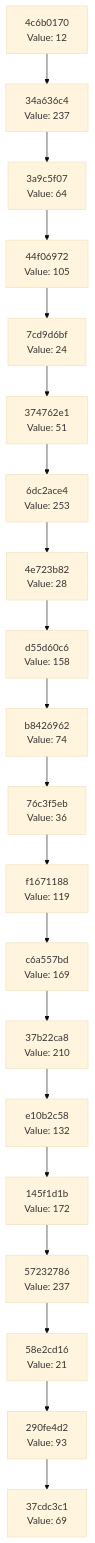
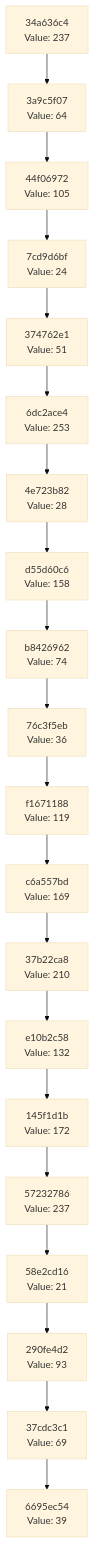
Before and after one commit to Abhisheksinha1506/hash-chain-evolver: the diagram in docs/CHAIN_VISUALIZATION.md, drawn with Mermaid (base theme). The commit also changed 1 other file, not shown here.

Commit message:
Evolution step: hash 0x27 → action executed

````diff
--- a/docs/CHAIN_VISUALIZATION.md
+++ b/docs/CHAIN_VISUALIZATION.md
@@ -3,42 +3,42 @@
 ```mermaid
 graph TD
-    C0["37cdc3c1<br/>Value: 69"]
-    C1["290fe4d2<br/>Value: 93"]
+    C0["6695ec54<br/>Value: 39"]
+    C1["37cdc3c1<br/>Value: 69"]
     C1 --> C0
-    C2["58e2cd16<br/>Value: 21"]
+    C2["290fe4d2<br/>Value: 93"]
     C2 --> C1
-    C3["57232786<br/>Value: 237"]
+    C3["58e2cd16<br/>Value: 21"]
     C3 --> C2
-    C4["145f1d1b<br/>Value: 172"]
+    C4["57232786<br/>Value: 237"]
     C4 --> C3
-    C5["e10b2c58<br/>Value: 132"]
+    C5["145f1d1b<br/>Value: 172"]
     C5 --> C4
-    C6["37b22ca8<br/>Value: 210"]
+    C6["e10b2c58<br/>Value: 132"]
     C6 --> C5
-    C7["c6a557bd<br/>Value: 169"]
+    C7["37b22ca8<br/>Value: 210"]
     C7 --> C6
-    C8["f1671188<br/>Value: 119"]
+    C8["c6a557bd<br/>Value: 169"]
     C8 --> C7
-    C9["76c3f5eb<br/>Value: 36"]
+    C9["f1671188<br/>Value: 119"]
     C9 --> C8
-    C10["b8426962<br/>Value: 74"]
+    C10["76c3f5eb<br/>Value: 36"]
     C10 --> C9
-    C11["d55d60c6<br/>Value: 158"]
+    C11["b8426962<br/>Value: 74"]
     C11 --> C10
-    C12["4e723b82<br/>Value: 28"]
+    C12["d55d60c6<br/>Value: 158"]
     C12 --> C11
-    C13["6dc2ace4<br/>Value: 253"]
+    C13["4e723b82<br/>Value: 28"]
     C13 --> C12
-    C14["374762e1<br/>Value: 51"]
+    C14["6dc2ace4<br/>Value: 253"]
     C14 --> C13
-    C15["7cd9d6bf<br/>Value: 24"]
+    C15["374762e1<br/>Value: 51"]
     C15 --> C14
-    C16["44f06972<br/>Value: 105"]
+    C16["7cd9d6bf<br/>Value: 24"]
     C16 --> C15
-    C17["3a9c5f07<br/>Value: 64"]
+    C17["44f06972<br/>Value: 105"]
     C17 --> C16
-    C18["34a636c4<br/>Value: 237"]
+    C18["3a9c5f07<br/>Value: 64"]
     C18 --> C17
-    C19["4c6b0170<br/>Value: 12"]
+    C19["34a636c4<br/>Value: 237"]
     C19 --> C18
 ```
````
